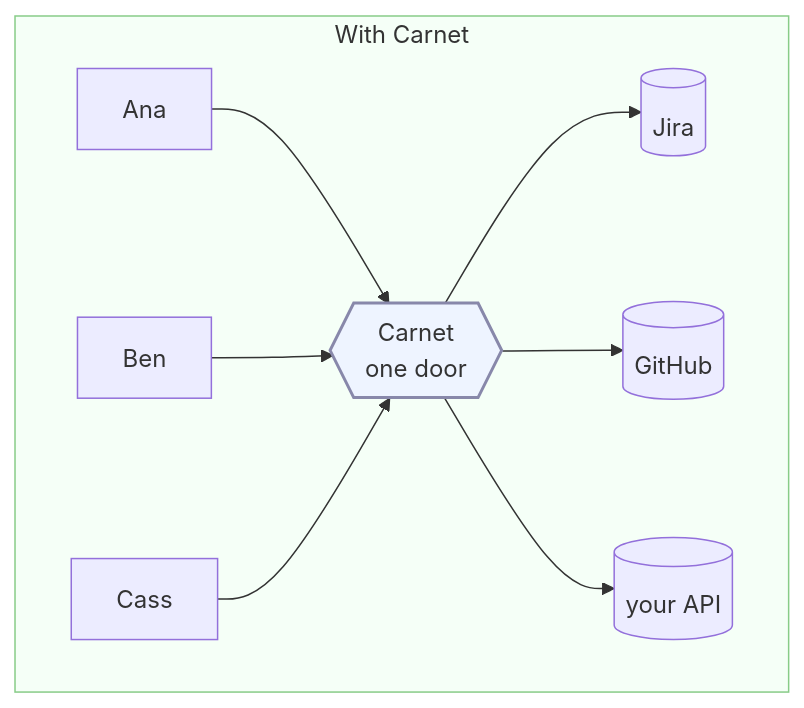
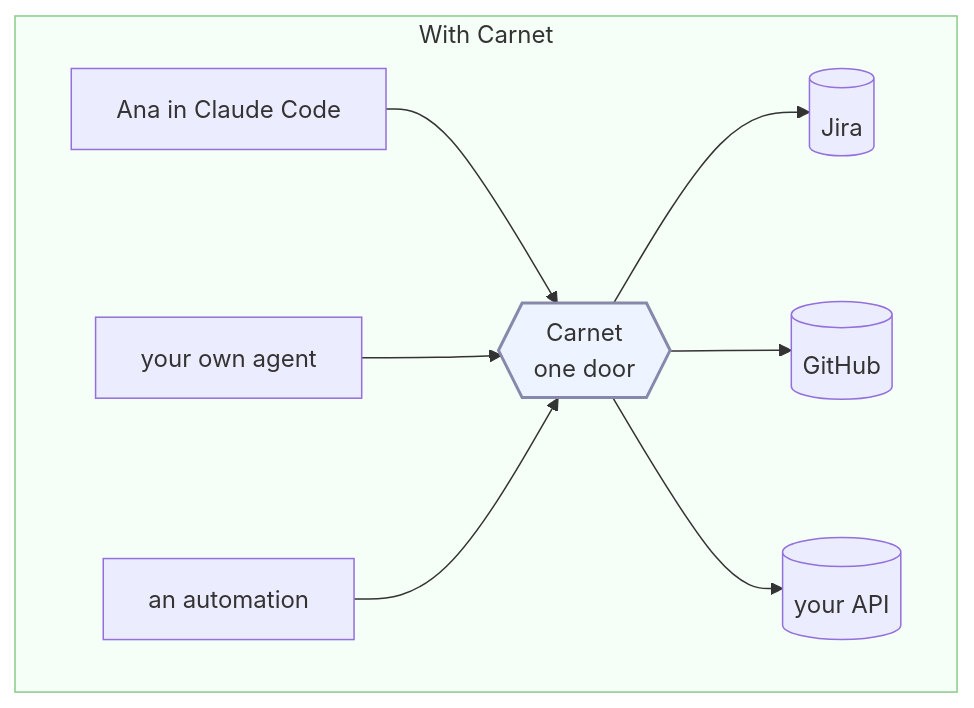
Before and after one commit to carnet-mcp/carnet: the second of 3 diagrams in README.md, drawn with Mermaid. The commit also changed other lines of this file, not shown here.

````diff
--- a/README.md
+++ b/README.md
@@ -37,14 +41,14 @@
 ```mermaid
 flowchart LR
     subgraph R[" With Carnet "]
         direction LR
-        B1["Ana"] --> D
-        B2["Ben"] --> D
-        B3["Cass"] --> D
+        B1["Ana in Claude Code"] --> D
+        B2["your own agent"] --> D
+        B3["an automation"] --> D
         D{{"Carnet<br/>one door"}} --> J[(Jira)]
         D --> G[(GitHub)]
         D --> S[(your API)]
     end
     style R fill:#f5fff7,stroke:#8c8
     style D fill:#eef4ff,stroke:#88a,stroke-width:2px
 ```
````
